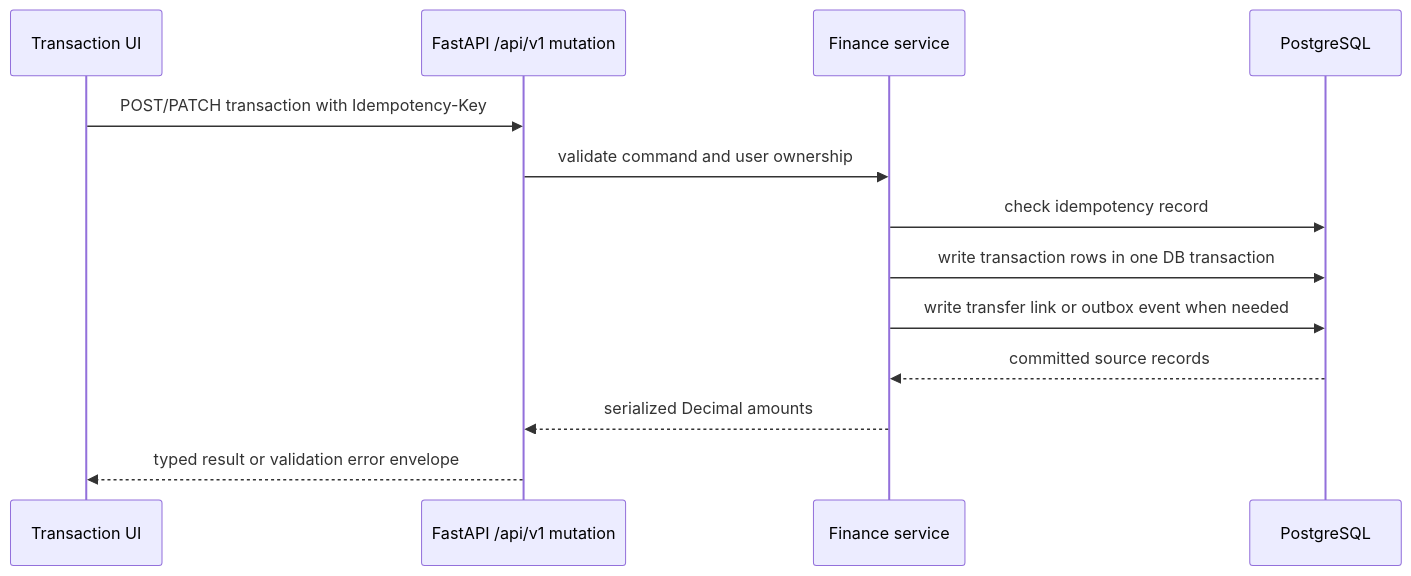
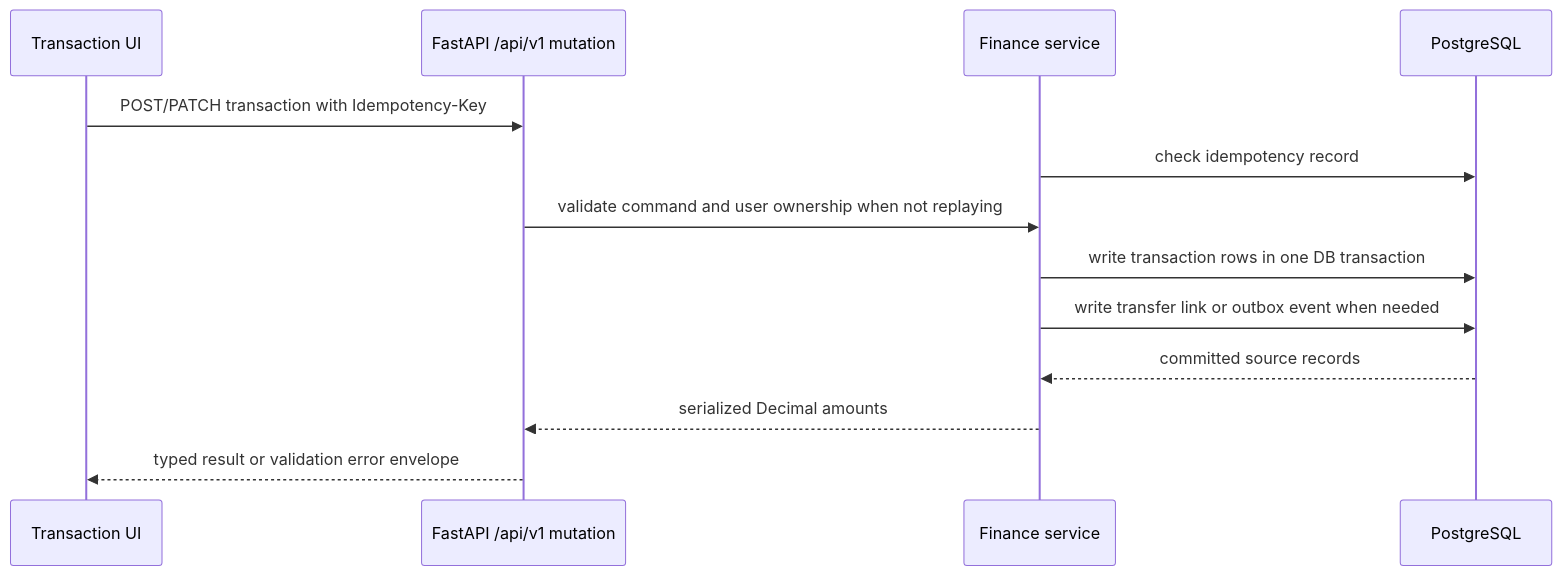
The fifth of 8 diagrams in docs/architecture/SYSTEM_DESIGN.md (morshedalamdev/pfm-app), drawn with Mermaid before and after one commit. The commit also changed other lines of this file and 8 other files, not shown here.

````diff
--- a/docs/architecture/SYSTEM_DESIGN.md
+++ b/docs/architecture/SYSTEM_DESIGN.md
@@ -205,16 +205,16 @@
 ```mermaid
 sequenceDiagram
   participant UI as Transaction UI
   participant API as FastAPI /api/v1 mutation
   participant Service as Finance service
   participant DB as PostgreSQL
 
   UI->>API: POST/PATCH transaction with Idempotency-Key
-  API->>Service: validate command and user ownership
   Service->>DB: check idempotency record
+  API->>Service: validate command and user ownership when not replaying
   Service->>DB: write transaction rows in one DB transaction
   Service->>DB: write transfer link or outbox event when needed
   DB-->>Service: committed source records
   Service-->>API: serialized Decimal amounts
   API-->>UI: typed result or validation error envelope
 ```
````
